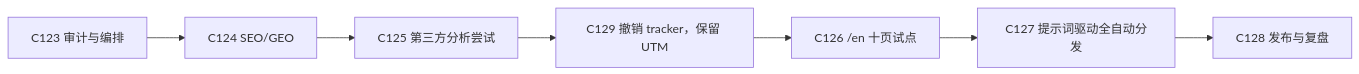
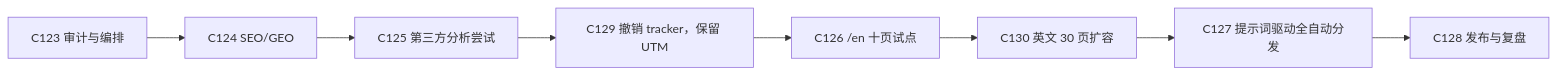
Before and after one commit to IllegalCreed/algorithms-visualization: the diagram in docs/marketing/roadmap.md, drawn with Mermaid. The commit also changed other lines of this file and 22 other files, not shown here.

````diff
--- a/docs/marketing/roadmap.md
+++ b/docs/marketing/roadmap.md
@@ -35,9 +35,10 @@
 ```mermaid
 flowchart LR
   C123["C123 审计与编排"] --> C124["C124 SEO/GEO"]
   C124 --> C125["C125 第三方分析尝试"]
   C125 --> C129["C129 撤销 tracker，保留 UTM"]
   C129 --> C126["C126 /en 十页试点"]
-  C126 --> C127["C127 提示词驱动全自动分发"]
+  C126 --> C130["C130 英文 30 页扩容"]
+  C130 --> C127["C127 提示词驱动全自动分发"]
   C127 --> C128["C128 发布与复盘"]
 ```
````
